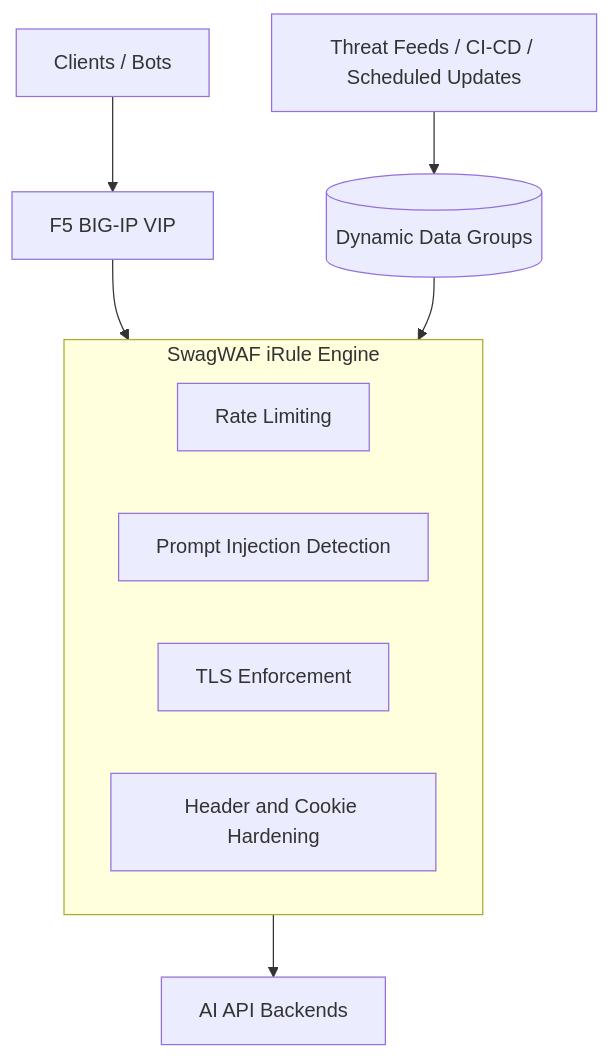
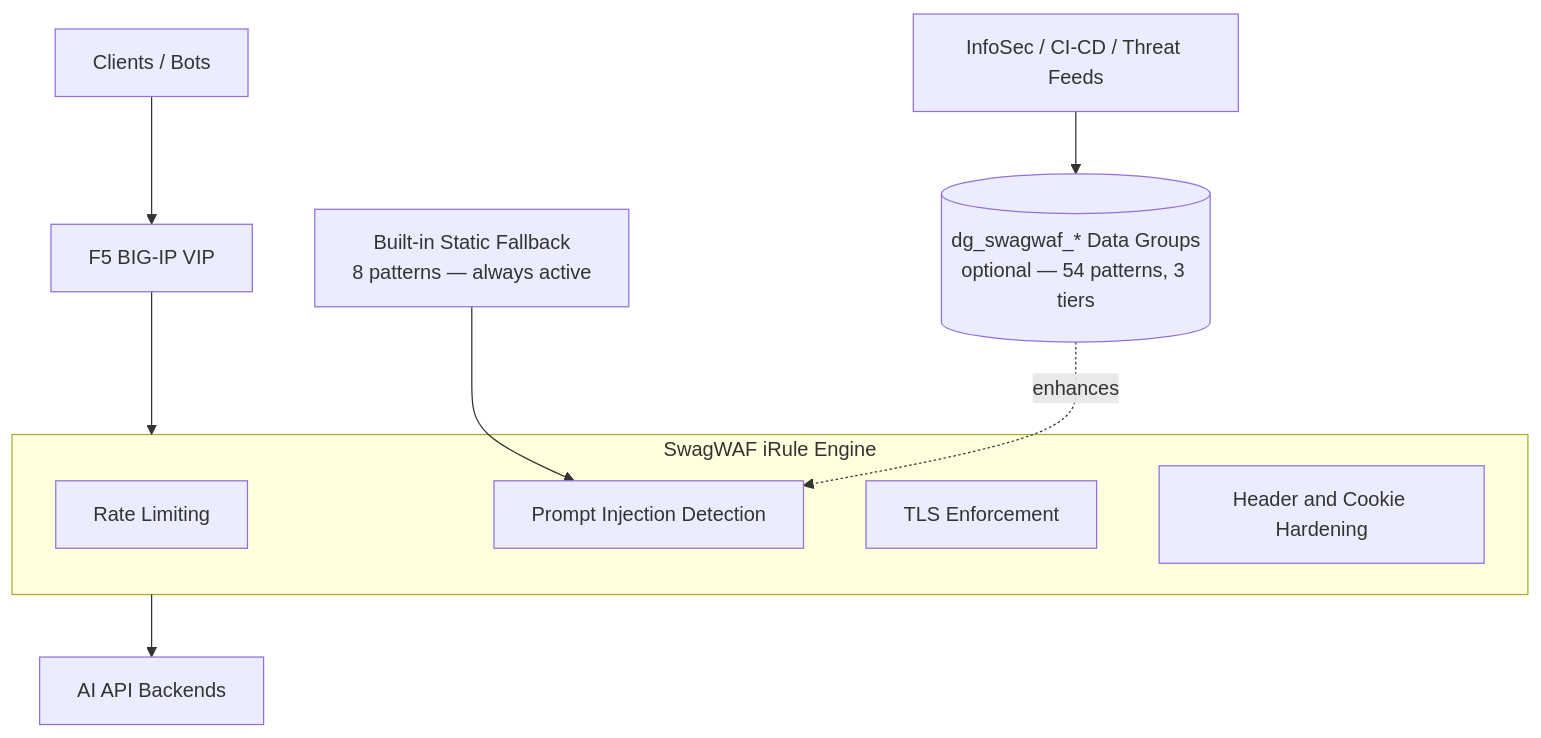
One commit to LogicWizards/SwagWAF changed the first of 2 diagrams in README.md. Above: the diagram before and after it, drawn with Mermaid. The commit also changed other lines of this file and 2 other files, not shown here.

Commit message:
docs: clarify DG optional/fallback, replace personal email with org URL, add deep-dive to roadmap

````diff
--- a/README.md
+++ b/README.md
@@ -77,17 +77,18 @@
 ```mermaid
 flowchart TD
     A[Clients / Bots] --> B[F5 BIG-IP VIP]
 
     subgraph SWAGWAF[SwagWAF iRule Engine]
         C1[Rate Limiting]
         C2[Prompt Injection Detection]
         C3[TLS Enforcement]
         C4[Header and Cookie Hardening]
     end
 
     B --> SWAGWAF
     SWAGWAF --> D[AI API Backends]
 
-    E[(Dynamic Data Groups)] --> SWAGWAF
-    F[Threat Feeds / CI-CD / Scheduled Updates] --> E
+    G[Built-in Static Fallback\n8 patterns — always active] --> C2
+    E[(dg_swagwaf_* Data Groups\noptional — 54 patterns, 3 tiers)] -.->|enhances| C2
+    F[InfoSec / CI-CD / Threat Feeds] --> E
 ```
````
